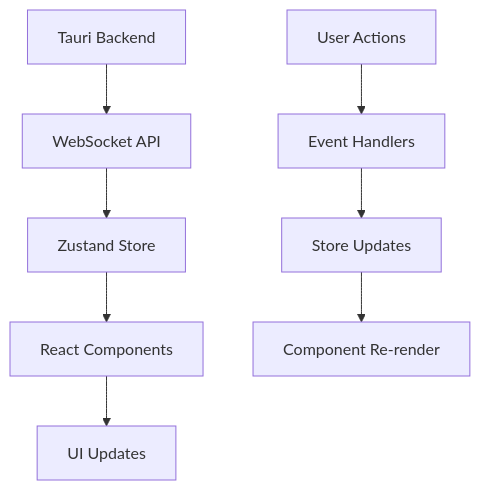
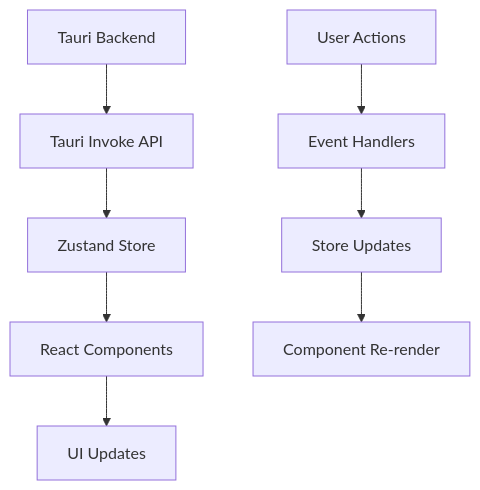
One commit to ohah/cheolsu-proxy changed the second of 2 diagrams in docs/en/contributing/code-structure.md. Above: the diagram before and after it, drawn with Mermaid. The commit also changed other lines of this file and 1 other file, not shown here.

Commit message:
docs: update API communication to use Tauri Invoke instead of WebSocket

````diff
--- a/docs/en/contributing/code-structure.md
+++ b/docs/en/contributing/code-structure.md
@@ -270,11 +444,11 @@
 ```mermaid
 graph TD
-    A[Tauri Backend] --> B[WebSocket API]
+    A[Tauri Backend] --> B[Tauri Invoke API]
     B --> C[Zustand Store]
     C --> D[React Components]
     D --> E[UI Updates]
 
     F[User Actions] --> G[Event Handlers]
     G --> H[Store Updates]
     H --> I[Component Re-render]
 ```
````
